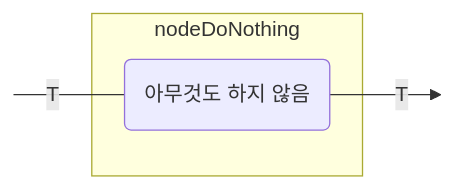
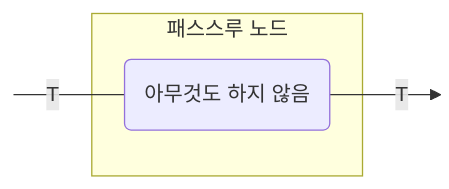
Before and after one commit to BinaryTape/Open-Docs: the second of 15 diagrams in docs/ko/koog/nodes-and-components.md, drawn with Mermaid. The commit also changed other lines of this file and 164 other files, not shown here.

````diff
--- a/docs/ko/koog/nodes-and-components.md
+++ b/docs/ko/koog/nodes-and-components.md
@@ -72,13 +72,13 @@
 ```mermaid
 graph LR
     in:::hidden
     out:::hidden
     
-    subgraph node ["nodeDoNothing"]
+    subgraph node ["패스스루 노드"]
         execute(아무것도 하지 않음)
     end
     
     in ---|T| execute --T--> out
 
     classDef hidden display: none;
 ```
````
